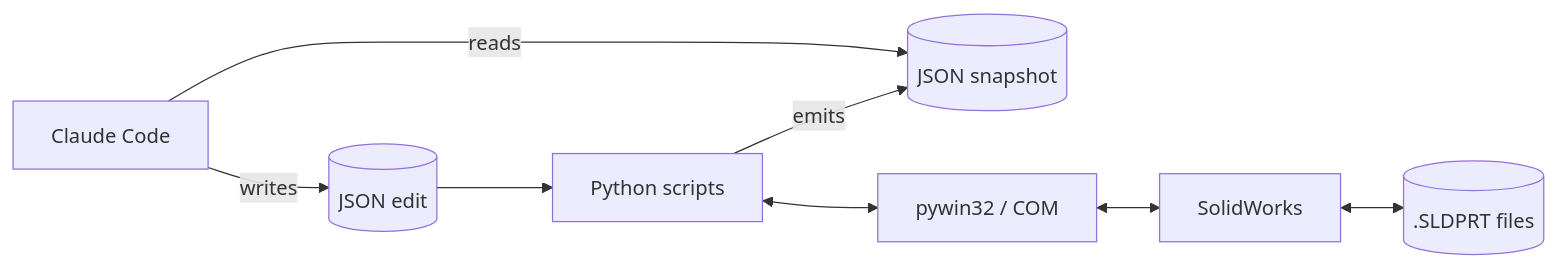
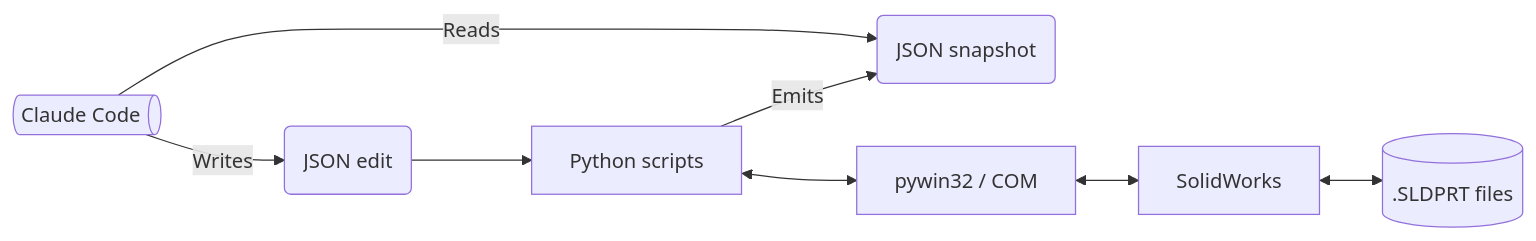
One commit to TZimine/solidworks-claude-integration changed the diagram in README.md. Above: the diagram before and after it, drawn with Mermaid. The commit also changed other lines of this file, not shown here.

````diff
--- a/README.md
+++ b/README.md
@@ -15,18 +21,18 @@
 ```mermaid
+---
+config:
+  layout: fixed
+---
 flowchart LR
-    CC[Claude Code]
-    JSON_S[(JSON snapshot)]
-    JSON_E[(JSON edit)]
-    PY[Python scripts]
-    COM[pywin32 / COM]
-    SW[SolidWorks]
-    MODEL[(.SLDPRT files)]
+    CC["Claude Code"] -- Reads --> JSON_S["JSON snapshot"]
+    CC -- Writes --> JSON_E["JSON edit"]
+    JSON_E --> PY["Python scripts"]
+    PY <--> COM["pywin32 / COM"]
+    COM <--> SW["SolidWorks"]
+    SW <--> MODEL[(".SLDPRT files")]
+    PY -- Emits --> JSON_S
 
-    CC -- reads --> JSON_S
-    CC -- writes --> JSON_E
-    JSON_E --> PY
-    PY <--> COM
-    COM <--> SW
-    SW <--> MODEL
-    PY -- emits --> JSON_S
+    CC@{ shape: h-cyl}
+    JSON_S@{ shape: rounded}
+    JSON_E@{ shape: rounded}
 ```
````
